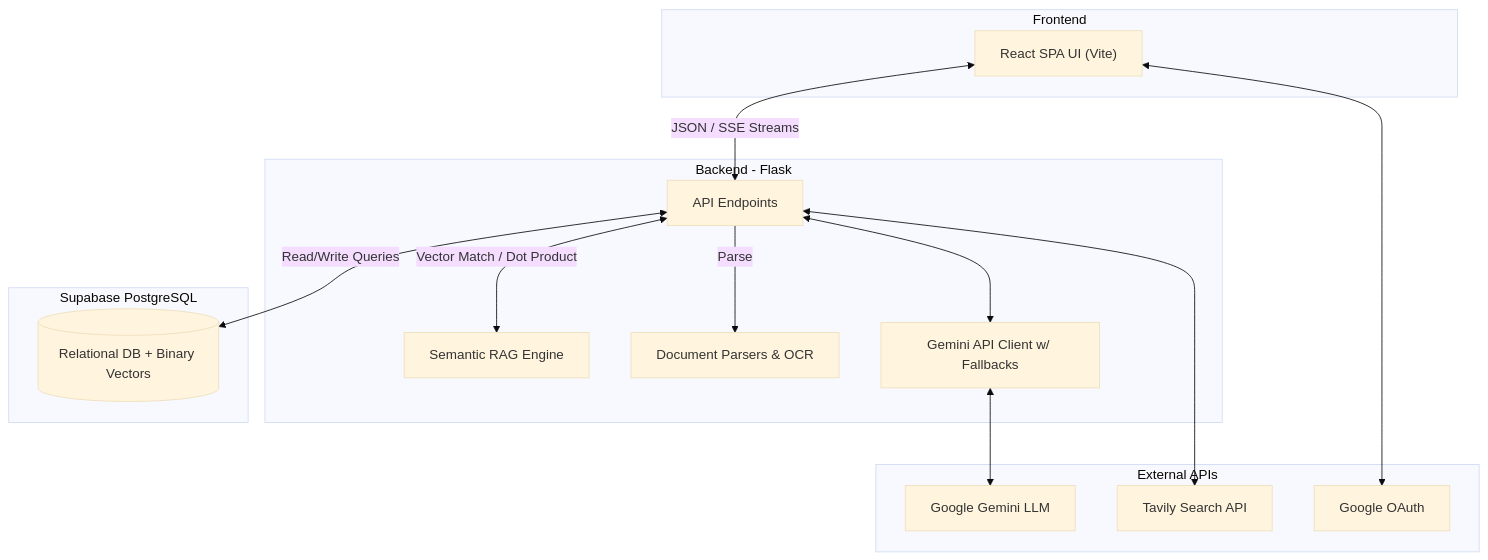
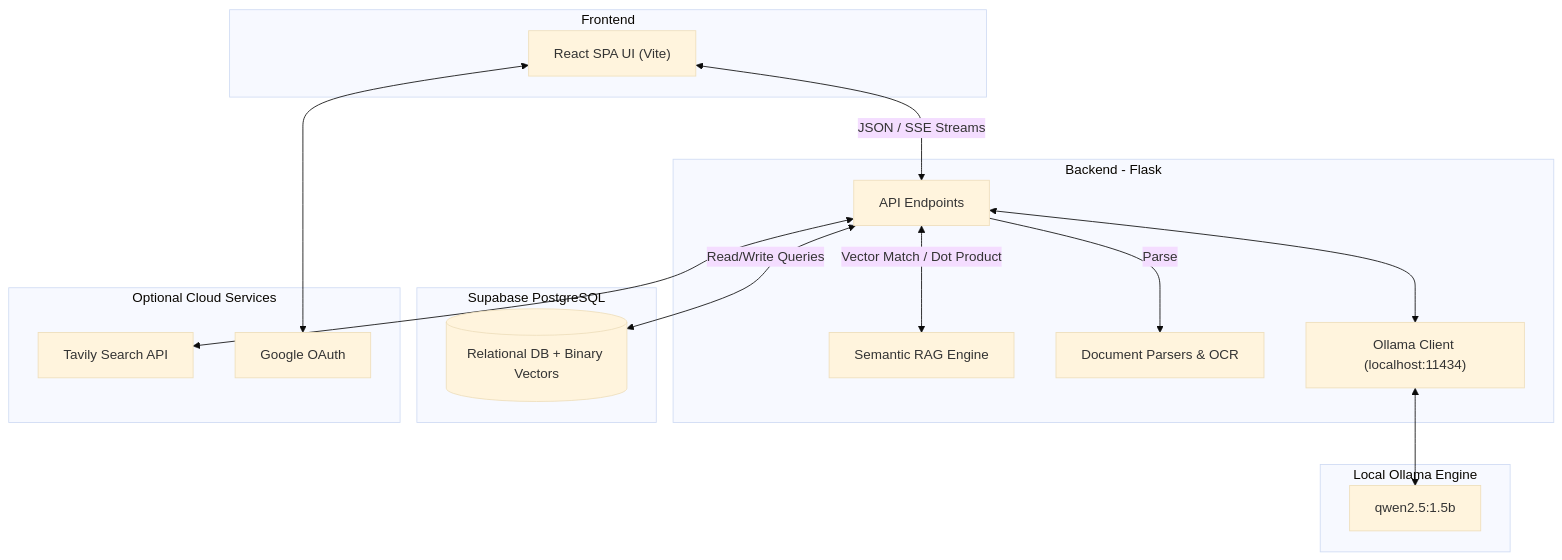
The diagram in README.md (Umama2007/RoboLearn_Ai-suite), drawn with Mermaid (base theme) before and after one commit. The commit also changed other lines of this file and 6 other files, not shown here.

````diff
--- a/README.md
+++ b/README.md
@@ -83,32 +53,35 @@
 ```mermaid
 flowchart TD
     subgraph Client [Frontend]
         ReactUI["React SPA UI (Vite)"]
     end
 
     subgraph Server [Backend - Flask]
         API["API Endpoints"]
         RAG["Semantic RAG Engine"]
         Parser["Document Parsers & OCR"]
-        GeminiClient["Gemini API Client w/ Fallbacks"]
+        OllamaCaller["Ollama Client (localhost:11434)"]
+    end
+
+    subgraph LocalAI [Local Ollama Engine]
+        OllamaServer["qwen2.5:1.5b"]
     end
 
     subgraph Data [Supabase PostgreSQL]
         DB[("Relational DB + Binary Vectors")]
     end
 
-    subgraph External [External APIs]
-        GeminiCloud["Google Gemini LLM"]
+    subgraph External [Optional Cloud Services]
         TavilyCloud["Tavily Search API"]
         GoogleAuth["Google OAuth"]
     end
 
     ReactUI <-->|JSON / SSE Streams| API
     API <-->|Read/Write Queries| DB
     API -->|Parse| Parser
     API <-->|Vector Match / Dot Product| RAG
-    API <--> GeminiClient
-    GeminiClient <--> GeminiCloud
+    API <--> OllamaCaller
+    OllamaCaller <--> OllamaServer
     API <--> TavilyCloud
     ReactUI <--> GoogleAuth
 ```
````
